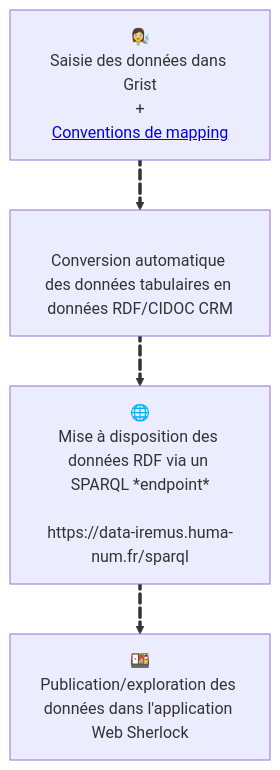
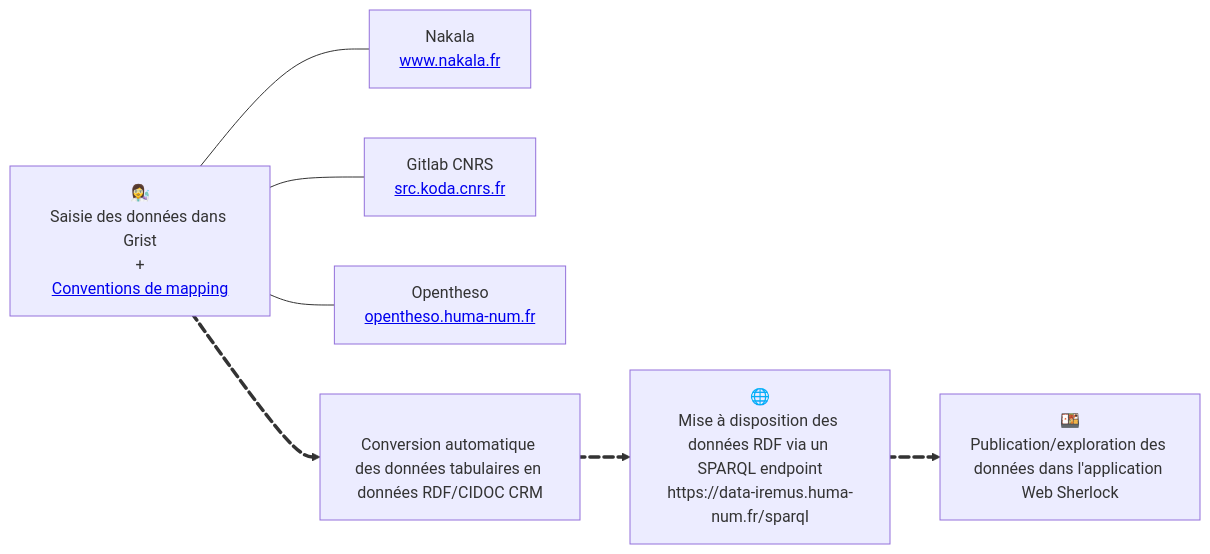
The diagram in README.md (sherlock-iremus/sherlock), drawn with Mermaid before and after one commit. The commit also changed other lines of this file, not shown here.

````diff
--- a/README.md
+++ b/README.md
@@ -48,15 +48,22 @@
 ```mermaid
-    flowchart TB
+    flowchart LR
     grist[👩‍🔬<br>Saisie des données dans Grist<br>+<br><a target="_blank" href="https://github.com/sherlock-iremus/sherlock-grist-to-crm/blob/main/doc/mapping.md">Conventions de mapping</a>]
+    nakala[Nakala<br><a target="_blank" href="https://www.nakala.fr/">www.nakala.fr</a>]
+    koda[Gitlab CNRS<br><a target="_blank" href="https://src.koda.cnrs.fr/">src.koda.cnrs.fr</a>]
+    hnot[Opentheso<br><a target="_blank" href="https://opentheso.huma-num.fr/">opentheso.huma-num.fr</a>]
     scripts[<br>Conversion automatique des données tabulaires en données RDF/CIDOC CRM]
-    sparql[🌐<br>Mise à disposition des données RDF via un SPARQL *endpoint*<br><br>https://data-iremus.huma-num.fr/sparql]
+    sparql[🌐<br>Mise à disposition des données RDF via un SPARQL endpoint<br>https://data-iremus.huma-num.fr/sparql]
     sherlock[🍱<br>Publication/exploration des données dans l'application Web Sherlock]
 
     grist e1@==> scripts
     scripts e2@==> sparql
     sparql e3@==> sherlock
 
+    grist---koda
+    grist---hnot
+    grist---nakala
+
     e1@{ animate: true }
     e2@{ animate: true }
     e3@{ animate: true }
 ```
````
